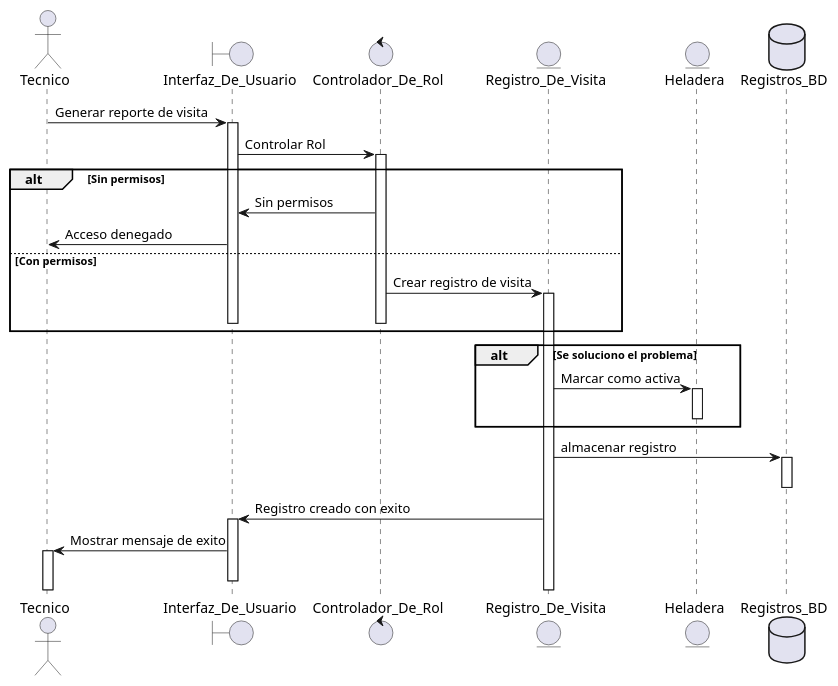
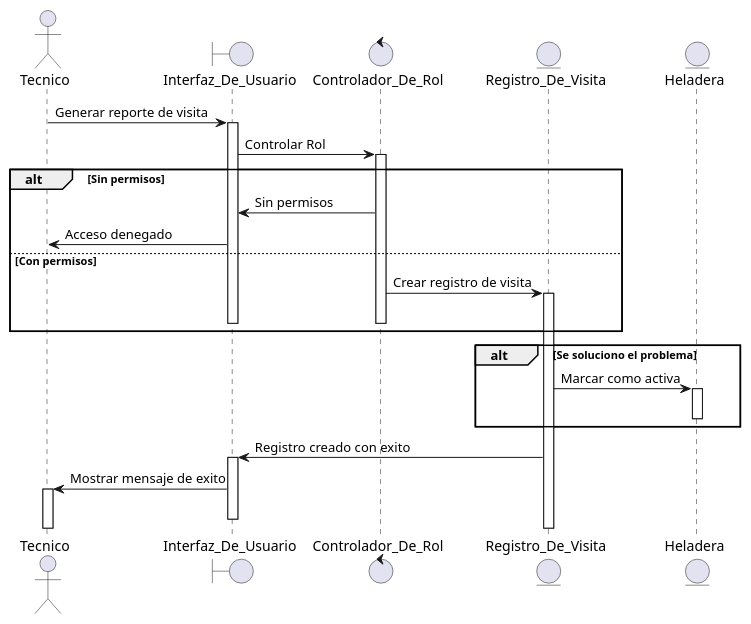
One commit to JBDelupi/TPs---DDS changed the diagram in UMLs/GenerarRegistroDeVisita.puml. Above: the diagram before and after it, drawn with PlantUML. The commit also changed 24 other files, not shown here.

Commit message:
diagramas y mas diagramas

```diff
--- a/UMLs/GenerarRegistroDeVisita.puml
+++ b/UMLs/GenerarRegistroDeVisita.puml
@@ -1,41 +1,37 @@
 @startuml GenerarRegistroDeVisita
 actor Tecnico
 boundary Interfaz_De_Usuario
 control Controlador_De_Rol
 entity Registro_De_Visita
 entity Heladera
-database Registros_BD
 
 Tecnico->Interfaz_De_Usuario: Generar reporte de visita
 activate Interfaz_De_Usuario
 
 Interfaz_De_Usuario->Controlador_De_Rol: Controlar Rol
 activate Controlador_De_Rol
 
 alt Sin permisos
     Controlador_De_Rol->Interfaz_De_Usuario: Sin permisos
     Interfaz_De_Usuario->Tecnico: Acceso denegado
 else Con permisos
     Controlador_De_Rol->Registro_De_Visita: Crear registro de visita
     activate Registro_De_Visita
 deactivate Controlador_De_Rol
 deactivate Interfaz_De_Usuario
 end
 
 alt Se soluciono el problema
     Registro_De_Visita->Heladera: Marcar como activa
     activate Heladera
     deactivate Heladera
 end
 
-Registro_De_Visita->Registros_BD: almacenar registro
-activate Registros_BD
-deactivate Registros_BD
 
 Registro_De_Visita->Interfaz_De_Usuario:Registro creado con exito
 activate Interfaz_De_Usuario
 Interfaz_De_Usuario->Tecnico: Mostrar mensaje de exito
 activate Tecnico
 deactivate Interfaz_De_Usuario
 
 @enduml
```
